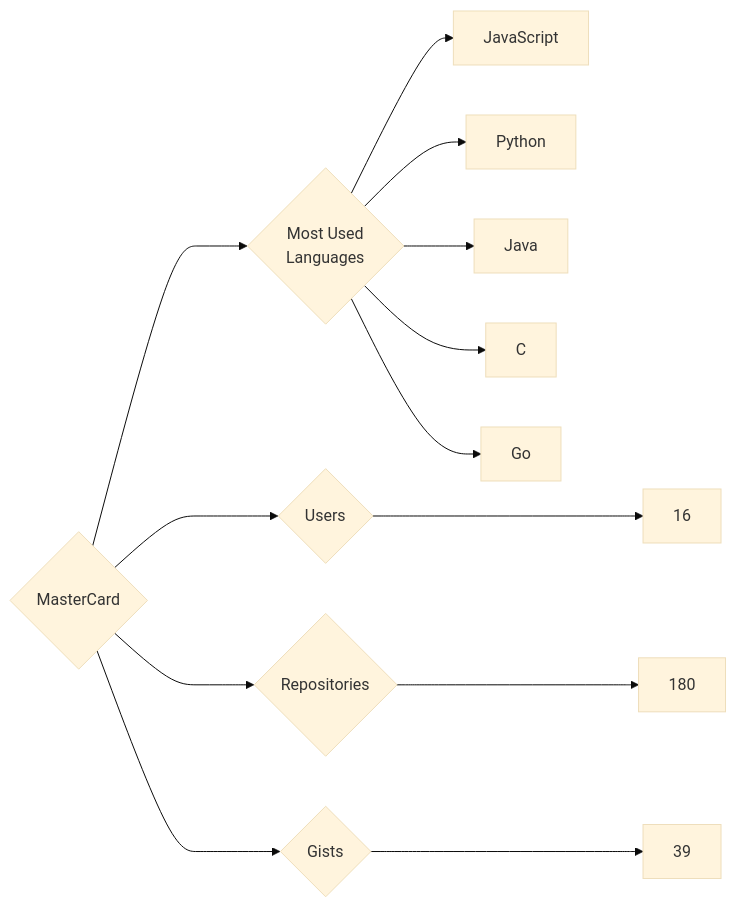
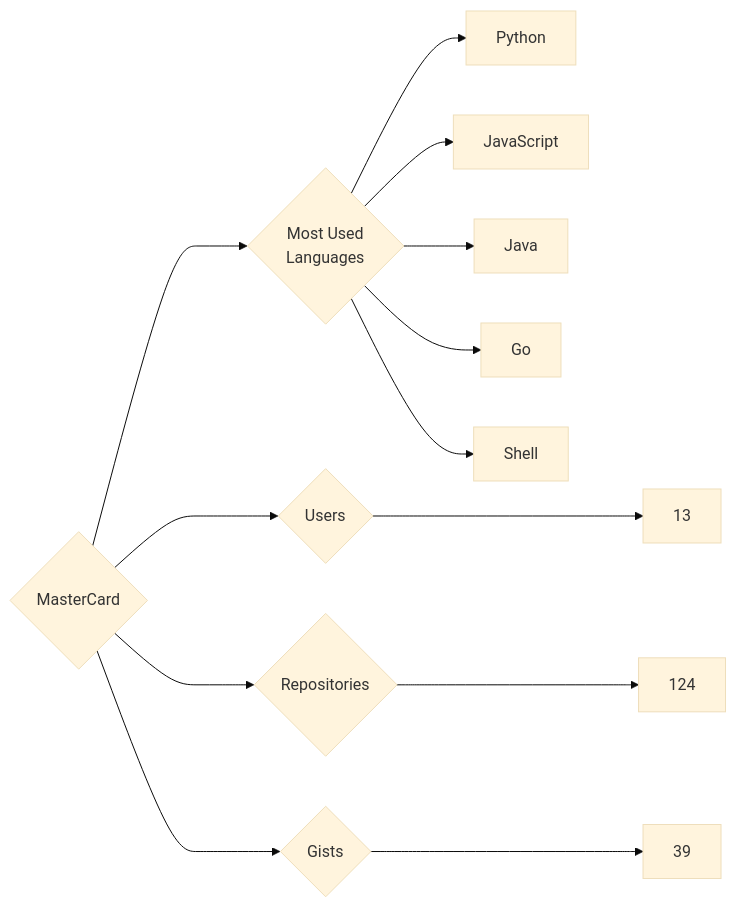
One commit to trickest/insiders changed the diagram in targets/MasterCard/README.md. Above: the diagram before and after it, drawn with Mermaid (base theme). The commit also changed 1248 other files, not shown here.

````diff
--- a/targets/MasterCard/README.md
+++ b/targets/MasterCard/README.md
@@ -3,13 +3,13 @@
 ```mermaid
 graph LR
 COMPANY_NAME{MasterCard}
-COMPANY_NAME ---> U{Users} ---> UN[16]
-COMPANY_NAME ---> R{Repositories} ---> RN[180]
+COMPANY_NAME ---> U{Users} ---> UN[13]
+COMPANY_NAME ---> R{Repositories} ---> RN[124]
 COMPANY_NAME ---> G{Gists} ---> GN[39]
 COMPANY_NAME ---> ML{Most Used<br>Languages}
+ML --> Python[Python]
 ML --> JavaScript[JavaScript]
-ML --> Python[Python]
 ML --> Java[Java]
-ML --> C[C]
 ML --> Go[Go]
+ML --> Shell[Shell]
 ```
````
